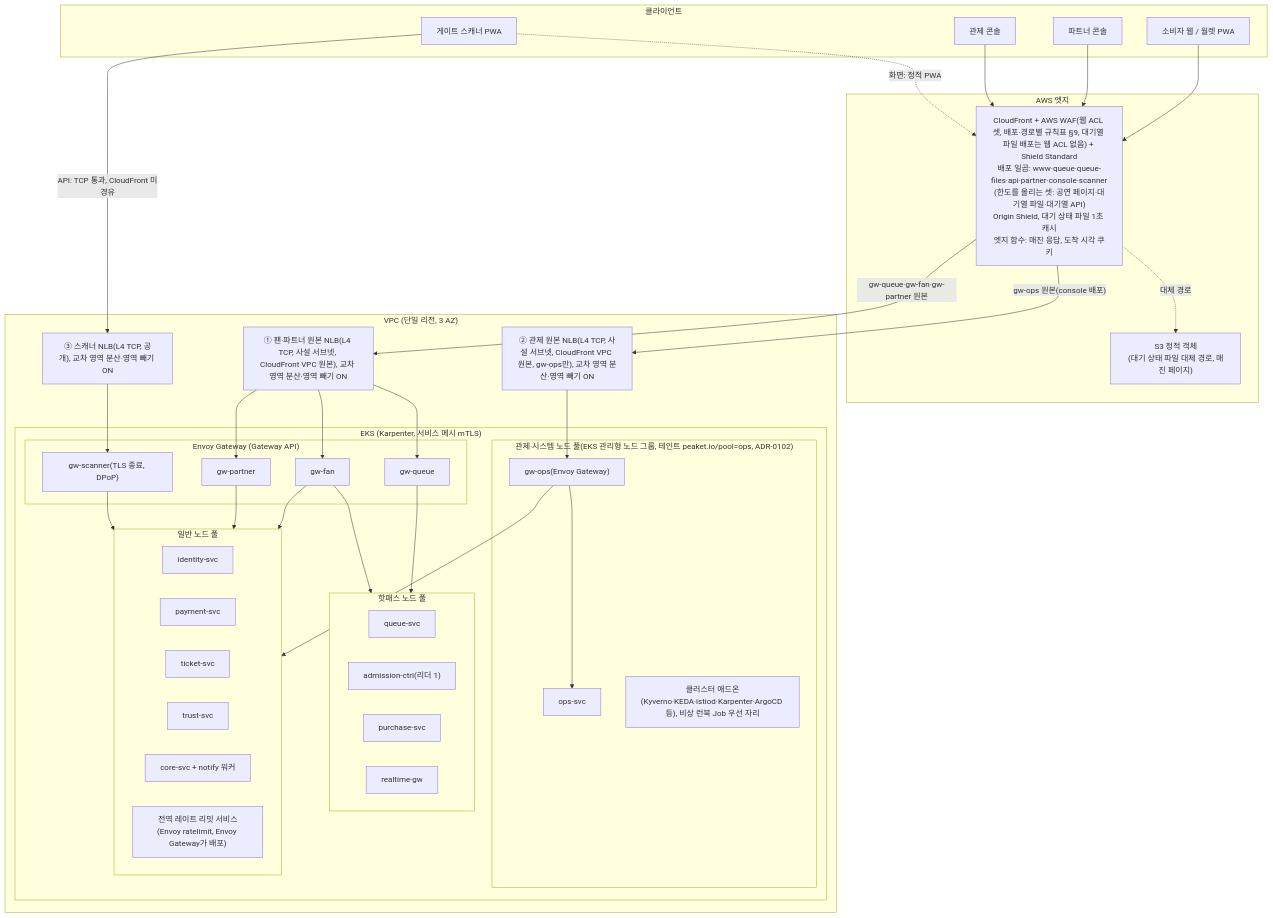
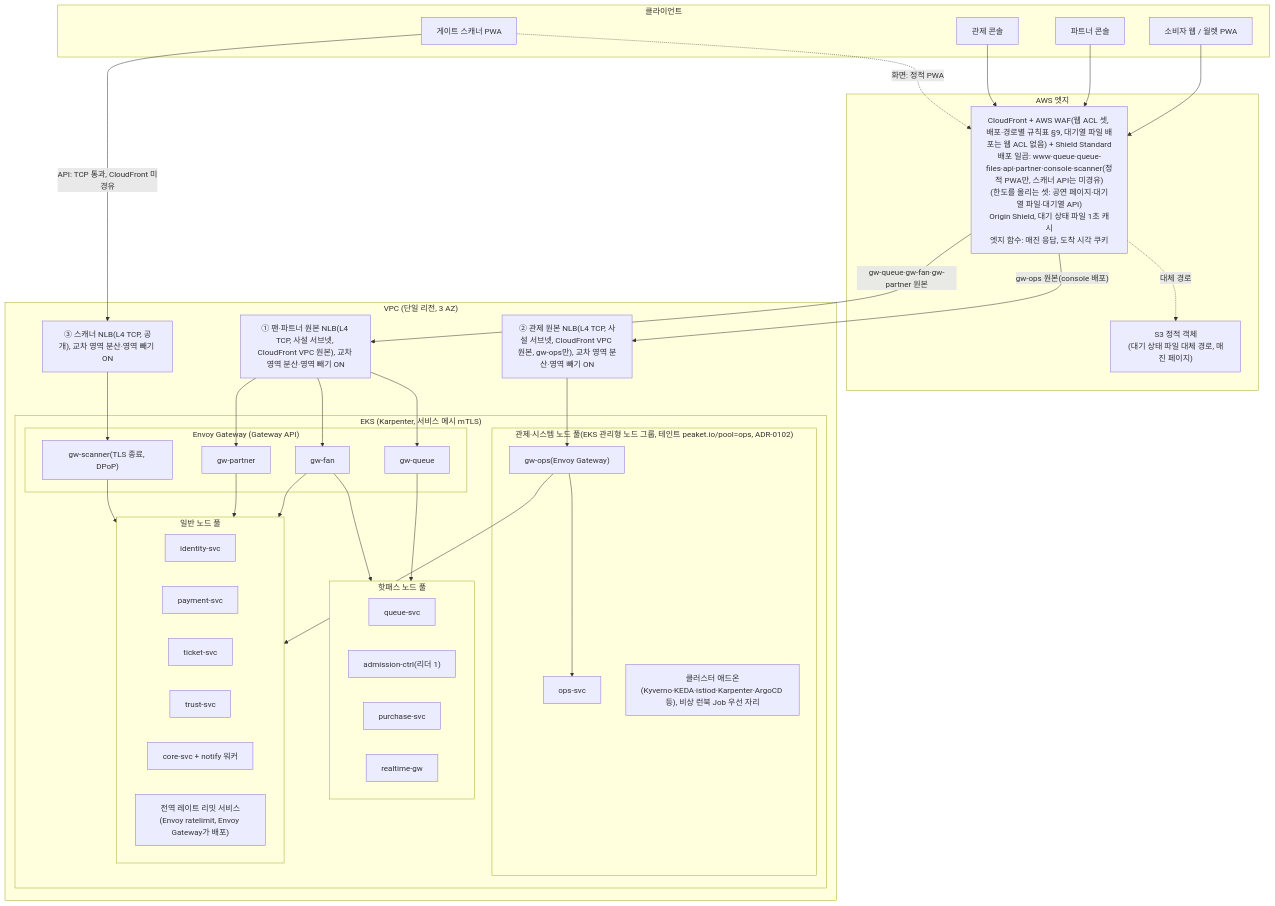
One commit to peaket/peaket changed the first of 6 diagrams in docs/infra.md. Above: the diagram before and after it, drawn with Mermaid. The commit also changed other lines of this file and 211 other files, not shown here.

````diff
--- a/docs/infra.md
+++ b/docs/infra.md
@@ -19,60 +19,60 @@
 ```mermaid
 flowchart TB
     subgraph Client["클라이언트"]
         FAN["소비자 웹 / 월렛 PWA"]
         PARTNER["파트너 콘솔"]
         OPS["관제 콘솔"]
         SCAN["게이트 스캐너 PWA"]
     end
     subgraph Edge["AWS 엣지"]
-        CF["CloudFront + AWS WAF(웹 ACL 셋, 배포·경로별 규칙표 §9, 대기열 파일 배포는 웹 ACL 없음) + Shield Standard\n배포 일곱: www·queue·queue-files·api·partner·console·scanner\n(한도를 올리는 셋: 공연 페이지·대기열 파일·대기열 API)\nOrigin Shield, 대기 상태 파일 1초 캐시\n엣지 함수: 매진 응답, 도착 시각 쿠키"]
+        CF["CloudFront + AWS WAF(웹 ACL 셋, 배포·경로별 규칙표 §9, 대기열 파일 배포는 웹 ACL 없음) + Shield Standard\n배포 일곱: www·queue·queue-files·api·partner·console·scanner(정적 PWA만, 스캐너 API는 미경유)\n(한도를 올리는 셋: 공연 페이지·대기열 파일·대기열 API)\nOrigin Shield, 대기 상태 파일 1초 캐시\n엣지 함수: 매진 응답, 도착 시각 쿠키"]
         S3STATIC["S3 정적 객체\n(대기 상태 파일 대체 경로, 매진 페이지)"]
     end
     subgraph VPC["VPC (단일 리전, 3 AZ)"]
         NLB["① 팬·파트너 원본 NLB(L4 TCP, 사설 서브넷, CloudFront VPC 원본), 교차 영역 분산·영역 빼기 ON"]
         NLBO["② 관제 원본 NLB(L4 TCP, 사설 서브넷, CloudFront VPC 원본, gw-ops만), 교차 영역 분산·영역 빼기 ON"]
         NLBS["③ 스캐너 NLB(L4 TCP, 공개), 교차 영역 분산·영역 빼기 ON"]
         subgraph EKS["EKS (Karpenter, 서비스 메시 mTLS)"]
             subgraph GW["Envoy Gateway (Gateway API)"]
                 GQ["gw-queue"]
                 GF["gw-fan"]
                 GP["gw-partner"]
                 GS["gw-scanner(TLS 종료, DPoP)"]
             end
             subgraph OPSPOOL["관제·시스템 노드 풀(EKS 관리형 노드 그룹, 테인트 peaket.io/pool=ops, ADR-0102)"]
                 GO["gw-ops(Envoy Gateway)"]
                 OPSS["ops-svc"]
                 ADDON["클러스터 애드온(Kyverno·KEDA·istiod·Karpenter·ArgoCD 등), 비상 런북 Job 우선 자리"]
             end
             subgraph HOT["핫패스 노드 풀"]
                 QS["queue-svc"]
                 AC["admission-ctrl(리더 1)"]
                 PS["purchase-svc"]
                 RG["realtime-gw"]
             end
             subgraph GEN["일반 노드 풀"]
                 ID["identity-svc"]
                 PAY["payment-svc"]
                 TK["ticket-svc"]
                 TR["trust-svc"]
                 CORE["core-svc + notify 워커"]
                 RLS["전역 레이트 리밋 서비스(Envoy ratelimit, Envoy Gateway가 배포)"]
             end
         end
     end
     FAN & PARTNER & OPS --> CF
     CF -->|"gw-queue·gw-fan·gw-partner 원본"| NLB
     CF -->|"gw-ops 원본(console 배포)"| NLBO
     SCAN -->|"API: TCP 통과, CloudFront 미경유"| NLBS
     SCAN -.->|"화면: 정적 PWA"| CF
     CF -.대체 경로.-> S3STATIC
     NLB --> GQ & GF & GP
     NLBO --> GO
     NLBS --> GS
     GQ --> HOT
     GF --> HOT & GEN
     GP --> GEN
     GO --> OPSS
     GO --> GEN
     GS --> GEN
 ```
````
